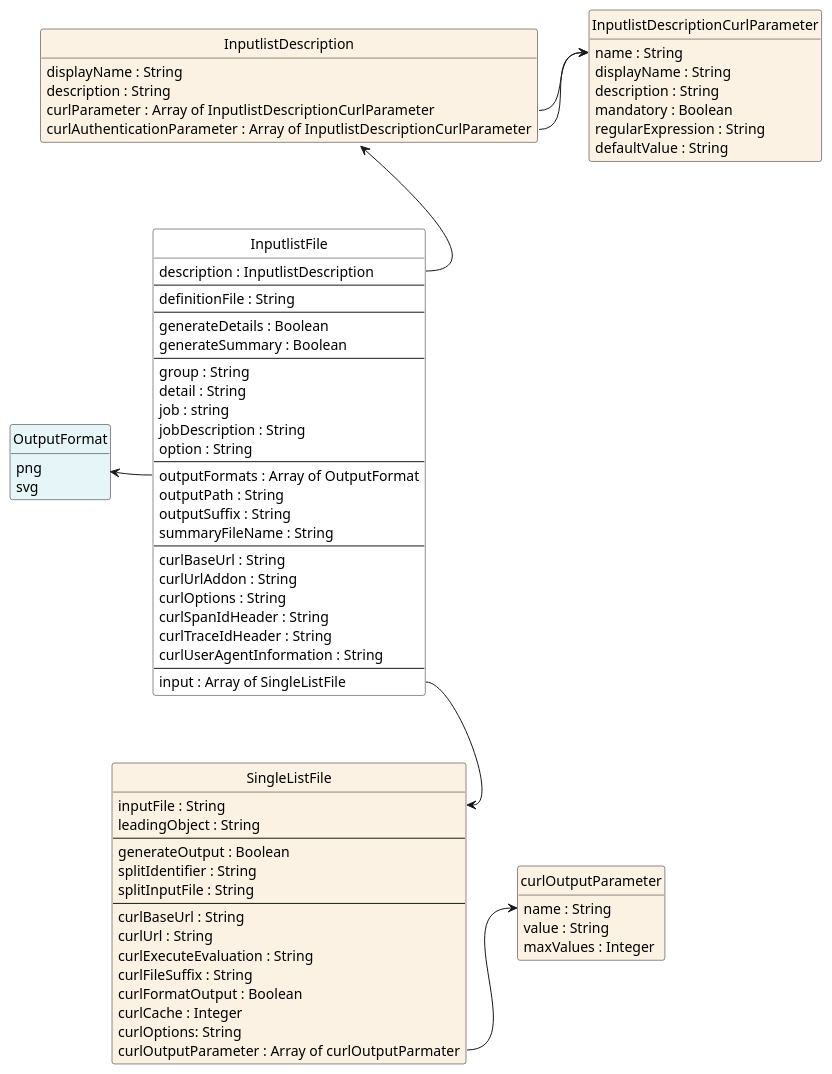
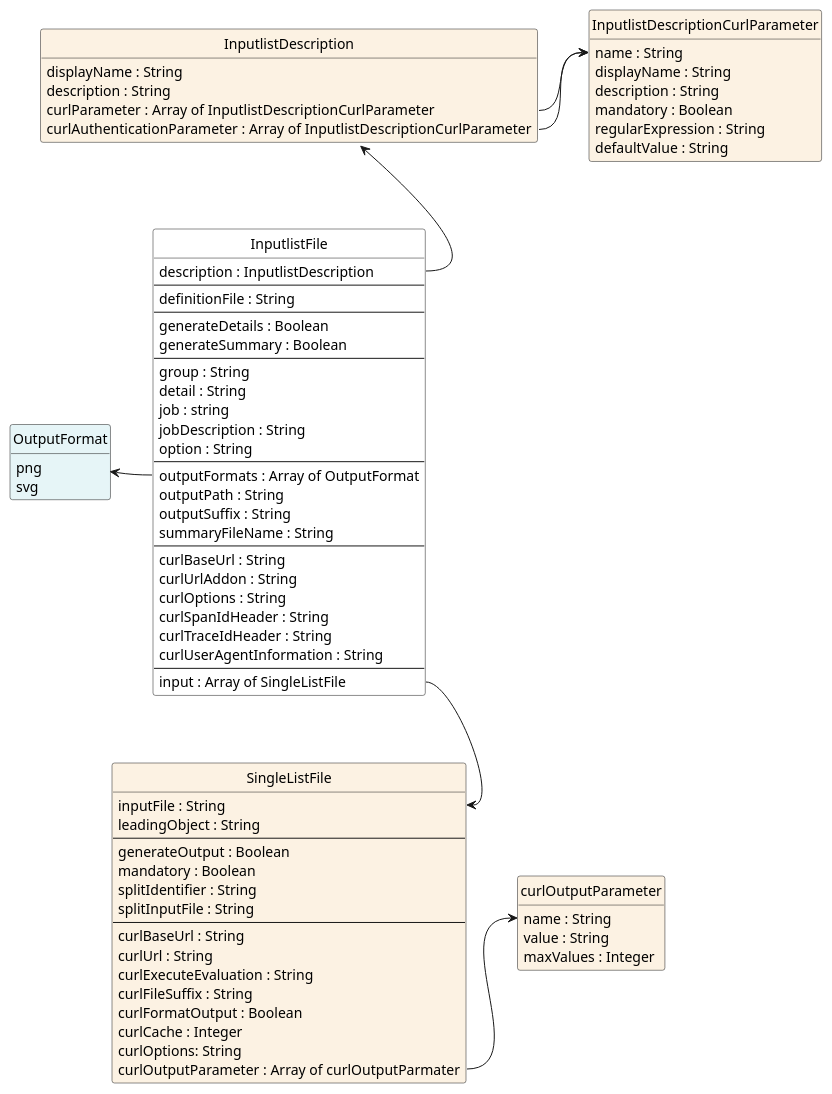
One commit to jfudickar/json2puml changed the diagram in documentation/models/listfile/listfile.puml. Above: the diagram before and after it, drawn with PlantUML. The commit also changed 25 other files, not shown here.

```diff
--- a/documentation/models/listfile/listfile.puml
+++ b/documentation/models/listfile/listfile.puml
@@ -1,95 +1,96 @@
 @startuml
 hide circle
 hide methods
 hide stereotype
 'skinparam linetype polyline
 show <<Enumeration>> stereotype
 skinparam class {
    BackgroundColor<<Enumeration>> #E6F5F7
    BackgroundColor<<Ref>> #FFFFE0
    BackgroundColor<<Pivot>> #FFFFFFF
    BackgroundColor #FCF2E3
 }
 
 class OutputFormat <<Enumeration>> {
     png
     svg
 }
 
 class InputlistDescription {
     displayName : String
     description : String
     curlParameter : Array of InputlistDescriptionCurlParameter
     curlAuthenticationParameter : Array of InputlistDescriptionCurlParameter
 }
 
 class InputlistDescriptionCurlParameter {
     name : String
     displayName : String
     description : String
     mandatory : Boolean
     regularExpression : String
     defaultValue : String
 }
 
 class InputlistFile  <<Pivot>> {
   description : InputlistDescription
   --
   definitionFile : String
   --
   generateDetails : Boolean 
   generateSummary : Boolean
   --
   group : String
   detail : String
   job : string
   jobDescription : String
   option : String
   --
   outputFormats : Array of OutputFormat 
   outputPath : String
   outputSuffix : String
   summaryFileName : String
   --
   curlBaseUrl : String
   curlUrlAddon : String 
   curlOptions : String
   curlSpanIdHeader : String
   curlTraceIdHeader : String
   curlUserAgentInformation : String
   --
   input : Array of SingleListFile
 }
 
 class curlOutputParameter {
     name : String
     value : String
     maxValues : Integer
 }
 
 class SingleListFile {
     inputFile : String
     leadingObject : String
     ---
 	generateOutput : Boolean
+    mandatory : Boolean
     splitIdentifier : String
     splitInputFile : String
     ---
     curlBaseUrl : String
     curlUrl : String
     curlExecuteEvaluation : String
     curlFileSuffix : String
     curlFormatOutput : Boolean
 	curlCache : Integer
     curlOptions: String
 	curlOutputParameter : Array of curlOutputParmater
 }
 
 InputlistFile::input --> SingleListFile::inputFile
 InputlistFile::outputFormats -left-> OutputFormat
 InputlistFile::description -up-> InputlistDescription
 InputlistDescription::curlParameter -right-> InputlistDescriptionCurlParameter::name
 InputlistDescription::curlAuthenticationParameter -right-> InputlistDescriptionCurlParameter::name
 SingleListFile::curlOutputParameter -right-> curlOutputParameter::name
 
 @enduml
```
